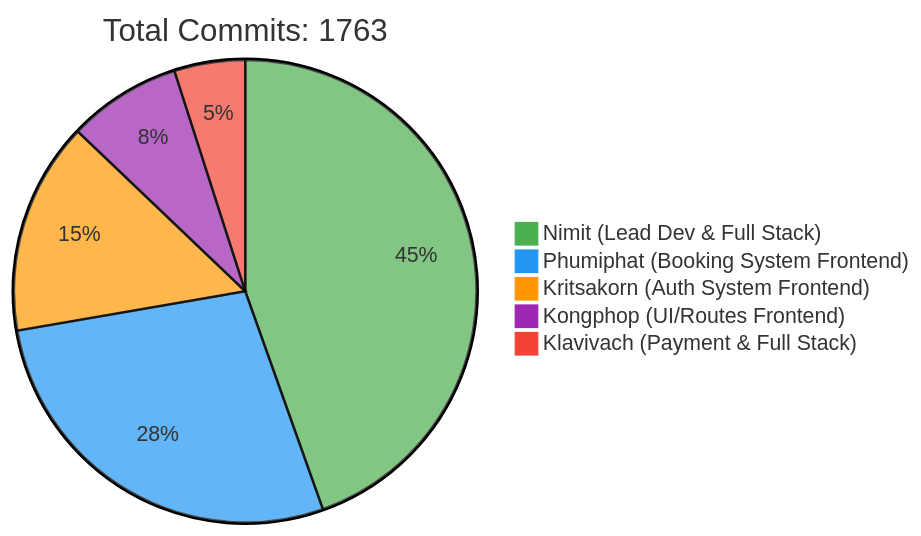
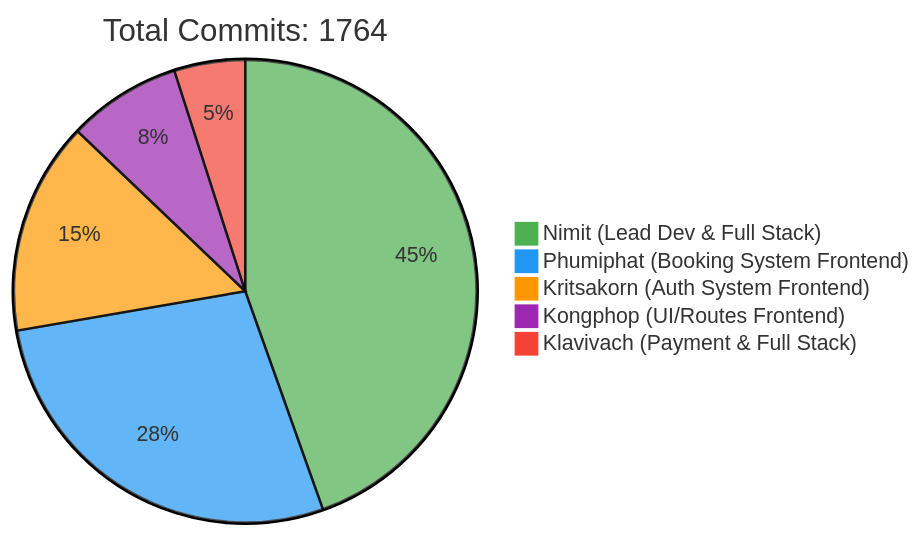
One commit to 6531503042/Sport-Complex changed the first of 2 diagrams in README.md. Above: the diagram before and after it, drawn with Mermaid. The commit also changed other lines of this file, not shown here.

Commit message:
docs: Update contributor statistics [skip ci]

````diff
--- a/README.md
+++ b/README.md
@@ -257,10 +257,10 @@
 ```mermaid
 %%{init: {'theme': 'base', 'themeVariables': { 'pie1': '#4CAF50', 'pie2': '#2196F3', 'pie3': '#FF9800', 'pie4': '#9C27B0', 'pie5': '#F44336'}}}%%
 pie
-    title Total Commits: 1763
+    title Total Commits: 1764
     "Nimit (Lead Dev & Full Stack)" : 450
     "Phumiphat (Booking System Frontend)" : 280
     "Kritsakorn (Auth System Frontend)" : 150
     "Kongphop (UI/Routes Frontend)" : 80
     "Klavivach (Payment & Full Stack)" : 50
 ```
````
